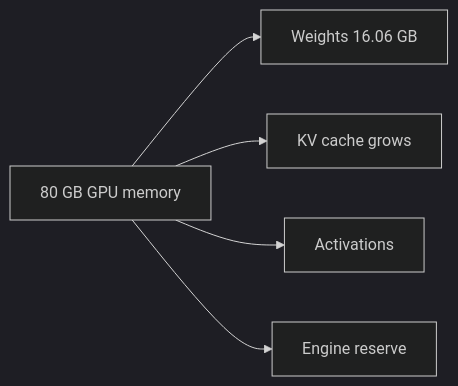
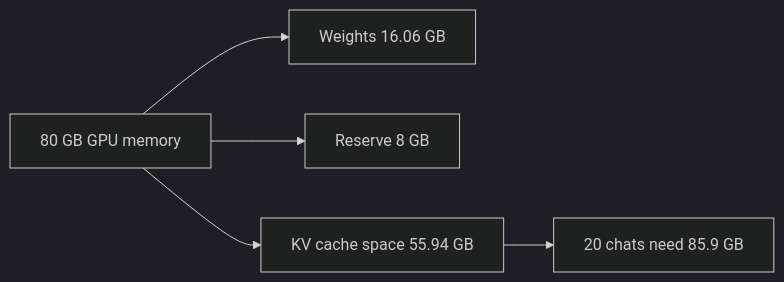
The diagram in courses/ai-engineering-interview/11-inference-and-serving/11.01-set-the-scene.md (devweekends/Buildment), drawn with Mermaid (dark theme) before and after one commit. The commit also changed other lines of this file and 11 other files, not shown here.

````diff
--- a/courses/ai-engineering-interview/11-inference-and-serving/11.01-set-the-scene.md
+++ b/courses/ai-engineering-interview/11-inference-and-serving/11.01-set-the-scene.md
@@ -45,7 +45,7 @@
 ```mermaid
 flowchart LR
   G[80 GB GPU memory] --> W[Weights 16.06 GB]
-  G --> K[KV cache grows]
-  G --> A[Activations]
-  G --> R[Engine reserve]
+  G --> R[Reserve 8 GB]
+  G --> K[KV cache space 55.94 GB]
+  K --> N[20 chats need 85.9 GB]
 ```
````
